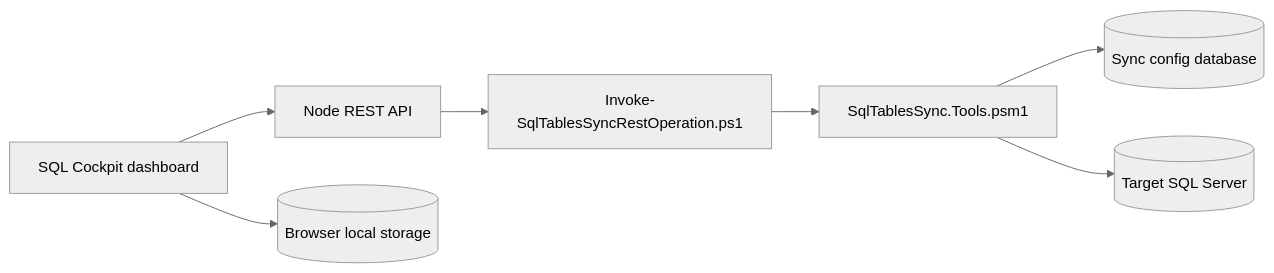
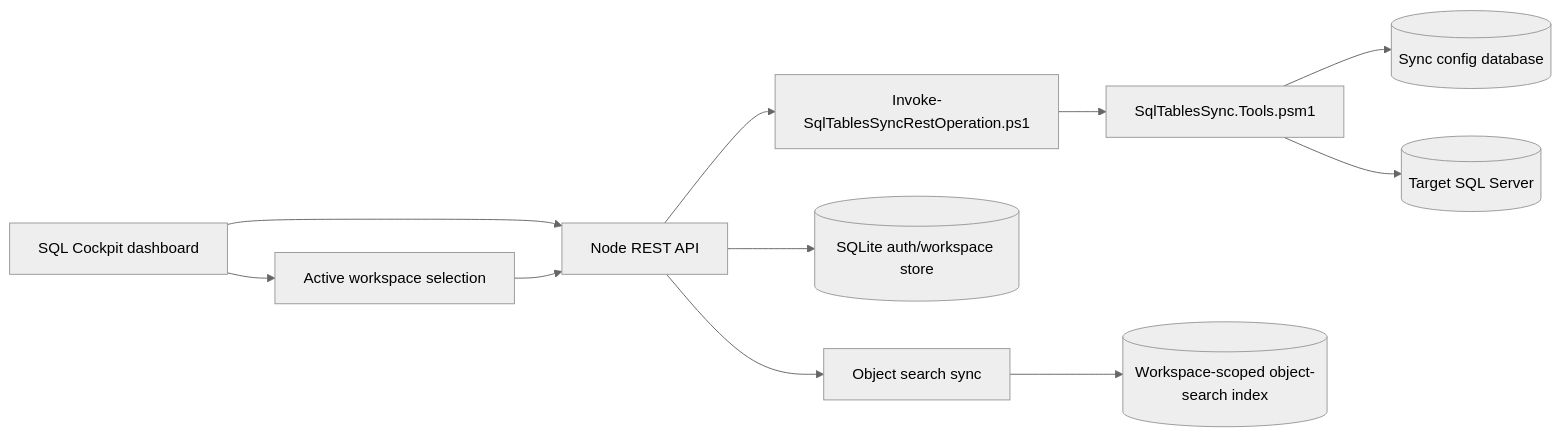
The diagram in docs/user/dashboard-guide.md (sql-cockpit/sql-cockpit-docs-source), drawn with Mermaid (neutral theme) before and after one commit. The commit also changed other lines of this file and 14 other files, not shown here.

````diff
--- a/docs/user/dashboard-guide.md
+++ b/docs/user/dashboard-guide.md
@@ -27,9 +27,13 @@
 ```mermaid
 flowchart LR
     Browser[SQL Cockpit dashboard] --> Api[Node REST API]
+    Browser --> WorkspaceSelector[Active workspace selection]
+    WorkspaceSelector --> Api
     Api --> Runner[Invoke-SqlTablesSyncRestOperation.ps1]
     Runner --> Tools[SqlTablesSync.Tools.psm1]
     Tools --> Config[(Sync config database)]
     Tools --> Sql[(Target SQL Server)]
-    Browser --> LocalStorage[(Browser local storage)]
+    Api --> AuthStore[(SQLite auth/workspace store)]
+    Api --> SearchSync[Object search sync]
+    SearchSync --> SearchIndex[(Workspace-scoped object-search index)]
 ```
````
